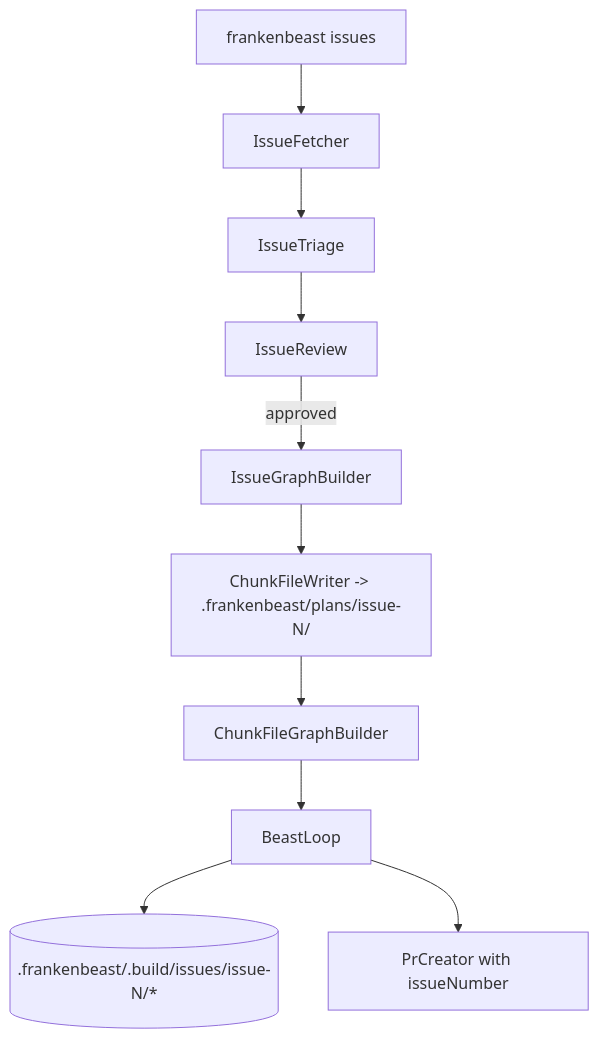
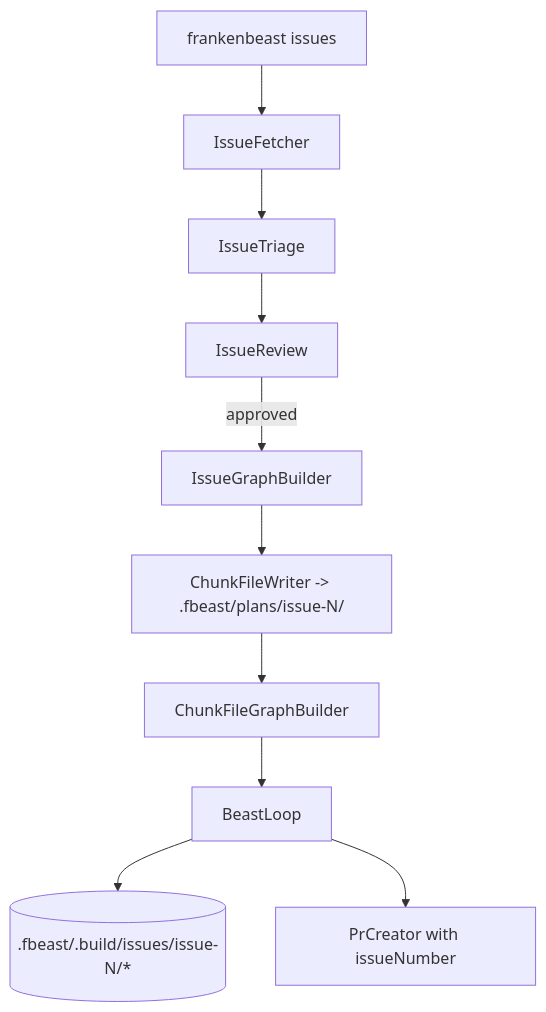
The ninth of 18 diagrams in docs/DATA_FLOW.md (djm204/frankenbeast), drawn with Mermaid before and after one commit. The commit also changed other lines of this file and 49 other files, not shown here.

Commit message:
refactor: canonicalize runtime storage under .fbeast

````diff
--- a/docs/DATA_FLOW.md
+++ b/docs/DATA_FLOW.md
@@ -339,18 +339,18 @@
 ```mermaid
 flowchart TD
     CLI["frankenbeast issues"]
     Fetch["IssueFetcher"]
     Triage["IssueTriage"]
     Review["IssueReview"]
     Build["IssueGraphBuilder"]
-    Write["ChunkFileWriter -> .frankenbeast/plans/issue-N/"]
+    Write["ChunkFileWriter -> .fbeast/plans/issue-N/"]
     Graph["ChunkFileGraphBuilder"]
     Loop["BeastLoop"]
-    Runtime[(".frankenbeast/.build/issues/issue-N/*")]
+    Runtime[(".fbeast/.build/issues/issue-N/*")]
     PR["PrCreator with issueNumber"]
 
     CLI --> Fetch --> Triage --> Review
     Review -->|approved| Build --> Write --> Graph --> Loop
     Loop --> Runtime
     Loop --> PR
 ```
````
